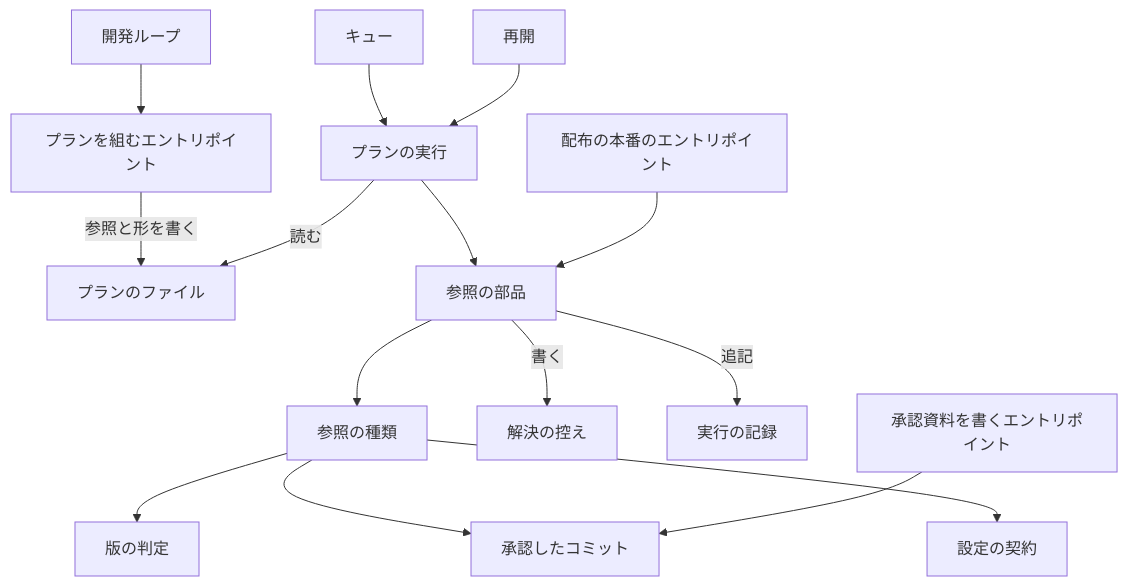
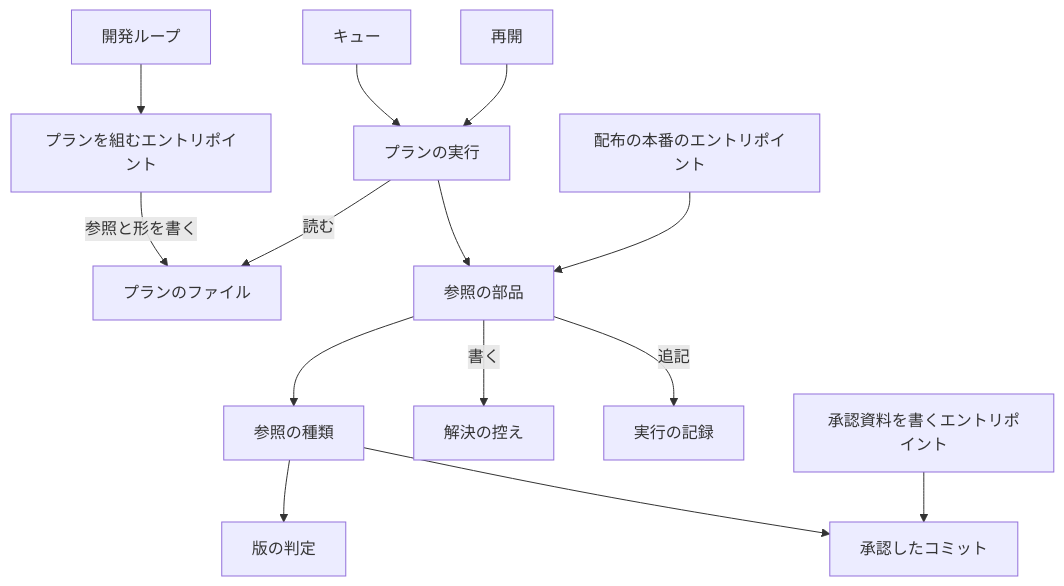
The first of 5 diagrams in issues/issue-2344-design.md (devbasex/ai-plugins), drawn with Mermaid before and after one commit. The commit also changed other lines of this file and 4 other files, not shown here.

````diff
--- a/issues/issue-2344-design.md
+++ b/issues/issue-2344-design.md
@@ -131,17 +128,16 @@
 ```mermaid
 graph TD
     NEW[プランを組むエントリポイント] -->|参照と形を書く| PL[プランのファイル]
     LOOP[開発ループ] --> NEW
     Q[キュー] --> EN[プランの実行]
     RS[再開] --> EN
     EN -->|読む| PL
     EN --> RF[参照の部品]
     RF --> RK[参照の種類]
     RK --> RV[版の判定]
     RK --> AC[承認したコミット]
-    RK --> SC[設定の契約]
     RF -->|書く| ST[解決の控え]
     RF -->|追記| LG[実行の記録]
     AF[承認資料を書くエントリポイント] --> AC
     PROD[配布の本番のエントリポイント] --> RF
 ```
````
